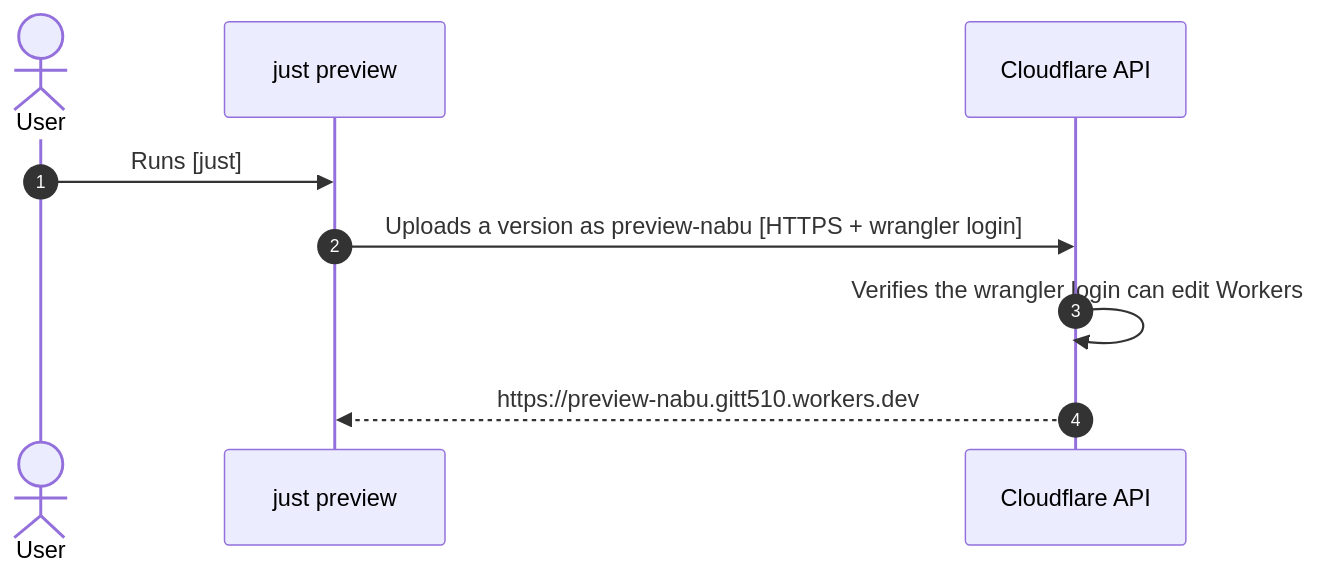
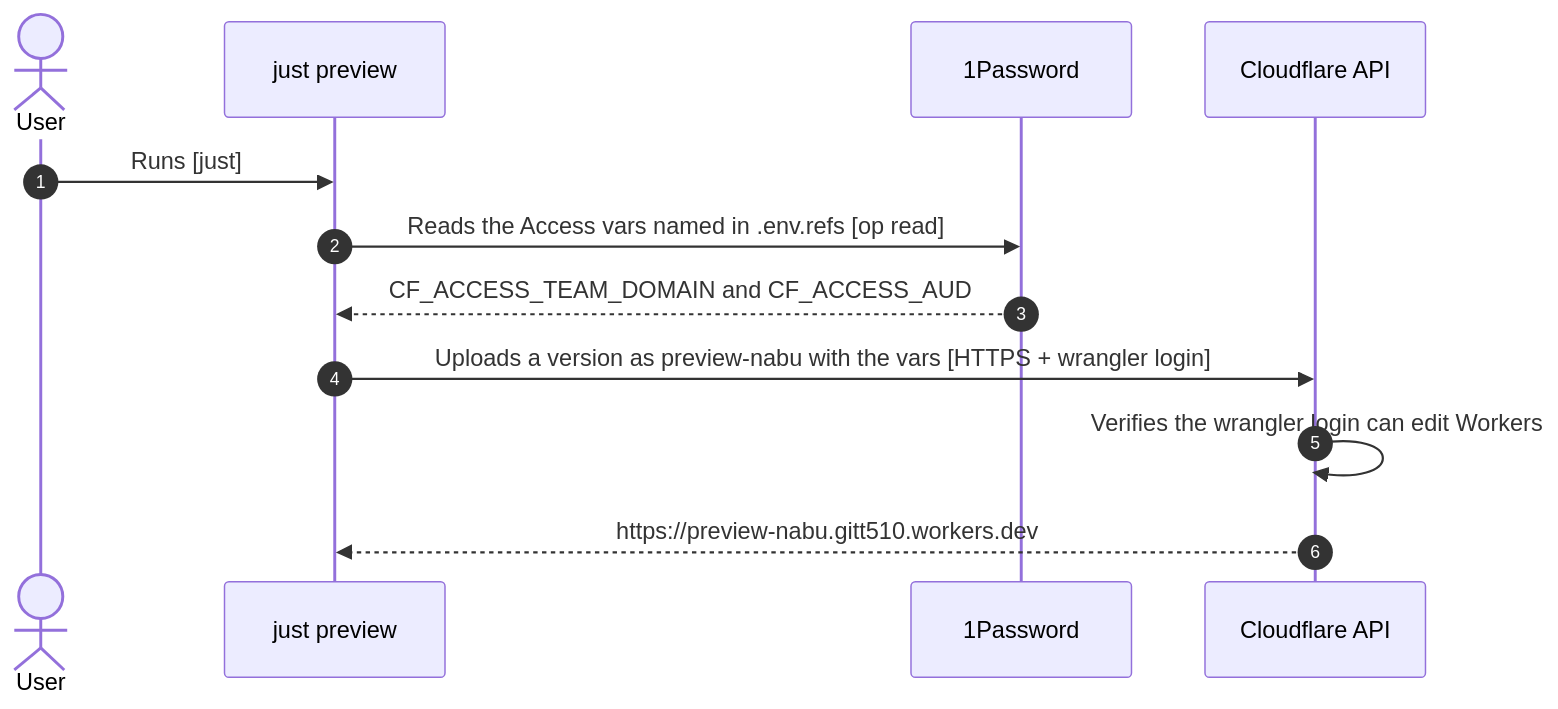
Before and after one commit to gitt510/nabu: the third of 4 diagrams in docs/architecture.md, drawn with Mermaid. The commit also changed 13 other files, not shown here.

Commit message:
config: pass the Access vars from 1Password on deploy, and stop deploying from CI

````diff
--- a/docs/architecture.md
+++ b/docs/architecture.md
@@ -52,12 +52,15 @@
 ```mermaid
 sequenceDiagram
   autonumber
   actor User
   participant Just as just preview
+  participant OP as 1Password
   participant CF as Cloudflare API
 
   User->>Just: Runs [just]
-  Just->>CF: Uploads a version as preview-nabu [HTTPS + wrangler login]
+  Just->>OP: Reads the Access vars named in .env.refs [op read]
+  OP-->>Just: CF_ACCESS_TEAM_DOMAIN and CF_ACCESS_AUD
+  Just->>CF: Uploads a version as preview-nabu with the vars [HTTPS + wrangler login]
   CF->>CF: Verifies the wrangler login can edit Workers
   CF-->>Just: https://preview-nabu.gitt510.workers.dev
 ```
````
